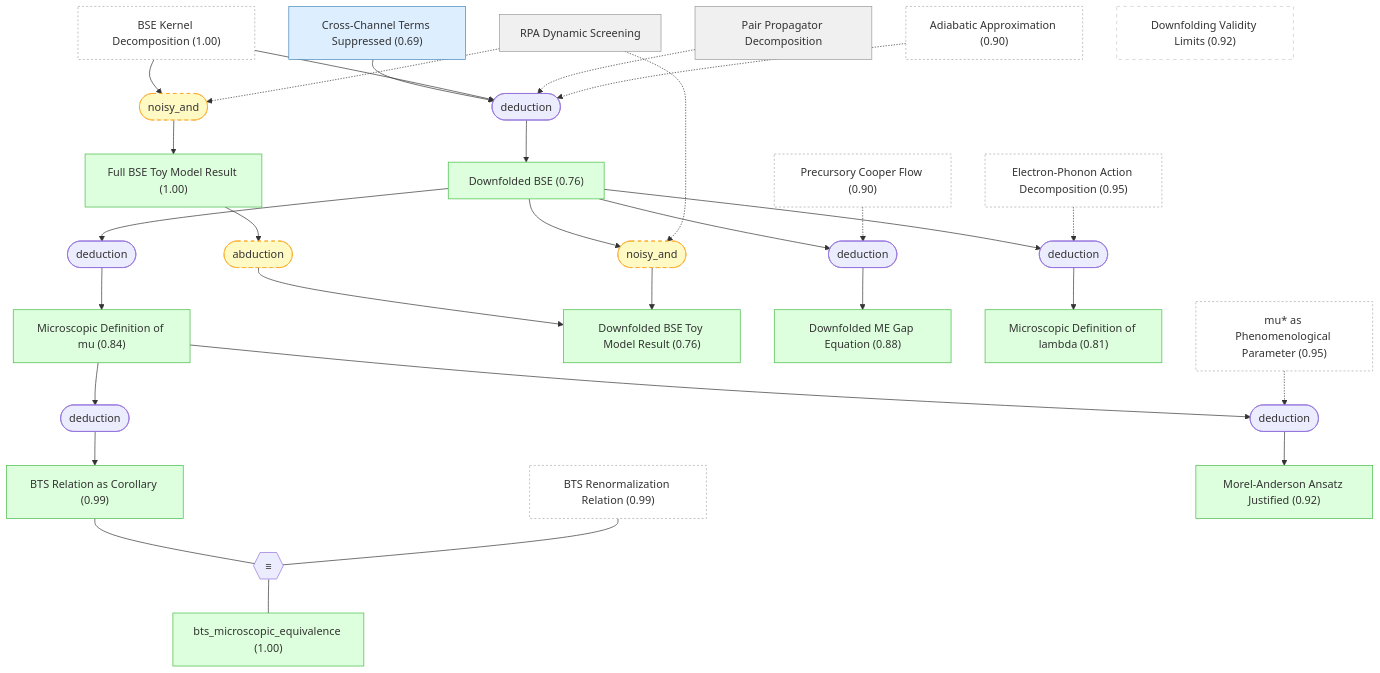
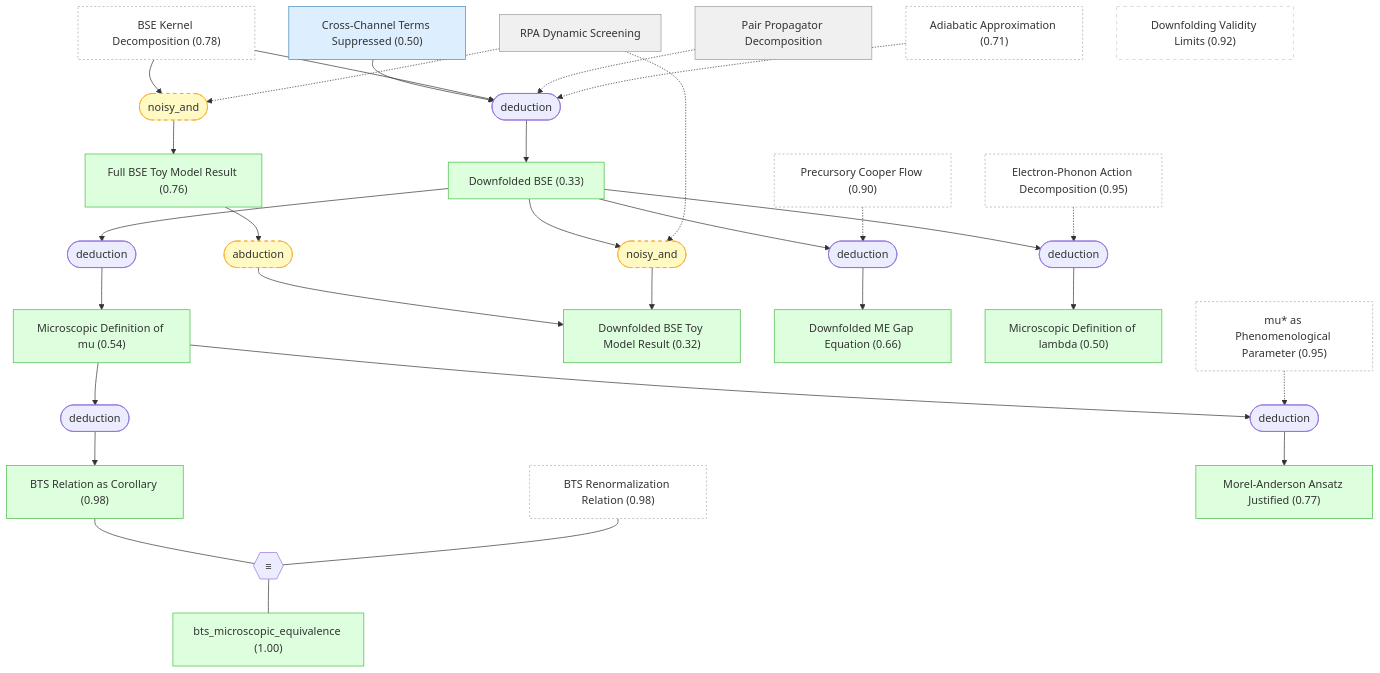
One commit to kunyuan/SuperconductivityElectronLiquids.gaia changed the third of 6 diagrams in docs/detailed-reasoning.md. Above: the diagram before and after it, drawn with Mermaid. The commit also changed other lines of this file and 24 other files, not shown here.

````diff
--- a/docs/detailed-reasoning.md
+++ b/docs/detailed-reasoning.md
@@ -253,71 +253,71 @@
 ```mermaid
 graph TD
-    adiabatic_approx["Adiabatic Approximation (0.90)"]:::external
-    bts_renormalization["BTS Renormalization Relation (0.99)"]:::external
+    adiabatic_approx["Adiabatic Approximation (0.71)"]:::external
+    bts_renormalization["BTS Renormalization Relation (0.98)"]:::external
     mu_star_phenomenological["mu#ast; as Phenomenological Parameter (0.95)"]:::external
     electron_phonon_action["Electron-Phonon Action Decomposition (0.95)"]:::external
-    bse_kernel_decomposition["BSE Kernel Decomposition (1.00)"]:::external
+    bse_kernel_decomposition["BSE Kernel Decomposition (0.78)"]:::external
     precursory_cooper_flow["Precursory Cooper Flow (0.90)"]:::external
     pair_propagator_decomposition["Pair Propagator Decomposition"]:::setting
-    cross_term_suppressed["Cross-Channel Terms Suppressed (0.69)"]:::premise
+    cross_term_suppressed["Cross-Channel Terms Suppressed (0.50)"]:::premise
     rpa_dynamic_screening["RPA Dynamic Screening"]:::setting
-    full_bse_toy_model["Full BSE Toy Model Result (1.00)"]:::derived
-    downfolded_bse_toy_model["Downfolded BSE Toy Model Result (0.76)"]:::derived
+    full_bse_toy_model["Full BSE Toy Model Result (0.76)"]:::derived
+    downfolded_bse_toy_model["Downfolded BSE Toy Model Result (0.32)"]:::derived
     downfolding_validity_limits["Downfolding Validity Limits (0.92)"]:::orphan
-    downfolded_bse["Downfolded BSE (0.76)"]:::derived
-    downfolded_me_equation["Downfolded ME Gap Equation (0.88)"]:::derived
-    lambda_microscopic_definition["Microscopic Definition of lambda (0.81)"]:::derived
-    mu_microscopic_definition["Microscopic Definition of mu (0.84)"]:::derived
-    mu_scale_independence["BTS Relation as Corollary (0.99)"]:::derived
+    downfolded_bse["Downfolded BSE (0.33)"]:::derived
+    downfolded_me_equation["Downfolded ME Gap Equation (0.66)"]:::derived
+    lambda_microscopic_definition["Microscopic Definition of lambda (0.50)"]:::derived
+    mu_microscopic_definition["Microscopic Definition of mu (0.54)"]:::derived
+    mu_scale_independence["BTS Relation as Corollary (0.98)"]:::derived
     bts_microscopic_equivalence["bts_microscopic_equivalence (1.00)"]:::derived
-    ma_pseudopotential_justified["Morel-Anderson Ansatz Justified (0.92)"]:::derived
+    ma_pseudopotential_justified["Morel-Anderson Ansatz Justified (0.77)"]:::derived
     strat_2(["noisy_and"]):::weak
     bse_kernel_decomposition --> strat_2
     rpa_dynamic_screening -.-> strat_2
     strat_2 --> full_bse_toy_model
     strat_3(["abduction"]):::weak
     full_bse_toy_model --> strat_3
     strat_3 --> downfolded_bse_toy_model
     strat_4(["deduction"])
     cross_term_suppressed --> strat_4
     bse_kernel_decomposition --> strat_4
     pair_propagator_decomposition -.-> strat_4
     adiabatic_approx -.-> strat_4
     strat_4 --> downfolded_bse
     strat_5(["noisy_and"]):::weak
     downfolded_bse --> strat_5
     rpa_dynamic_screening -.-> strat_5
     strat_5 --> downfolded_bse_toy_model
     strat_6(["deduction"])
     downfolded_bse --> strat_6
     precursory_cooper_flow -.-> strat_6
     strat_6 --> downfolded_me_equation
     strat_7(["deduction"])
     downfolded_bse --> strat_7
     electron_phonon_action -.-> strat_7
     strat_7 --> lambda_microscopic_definition
     strat_8(["deduction"])
     downfolded_bse --> strat_8
     strat_8 --> mu_microscopic_definition
     strat_9(["deduction"])
     mu_microscopic_definition --> strat_9
     strat_9 --> mu_scale_independence
     strat_10(["deduction"])
     mu_microscopic_definition --> strat_10
     mu_star_phenomenological -.-> strat_10
     strat_10 --> ma_pseudopotential_justified
     oper_0{{"≡"}}
     mu_scale_independence --- oper_0
     bts_renormalization --- oper_0
     oper_0 --- bts_microscopic_equivalence
 
     classDef setting fill:#f0f0f0,stroke:#999,color:#333
     classDef premise fill:#ddeeff,stroke:#4488bb,color:#333
     classDef derived fill:#ddffdd,stroke:#44bb44,color:#333
     classDef question fill:#fff3dd,stroke:#cc9944,color:#333
     classDef background fill:#f5f5f5,stroke:#bbb,stroke-dasharray: 5 5,color:#333
     classDef orphan fill:#fff,stroke:#ccc,stroke-dasharray: 5 5,color:#333
     classDef external fill:#fff,stroke:#aaa,stroke-dasharray: 3 3,color:#333
     classDef weak fill:#fff9c4,stroke:#f9a825,stroke-dasharray: 5 5,color:#333
     classDef contra fill:#ffebee,stroke:#c62828,color:#333
 ```
````
